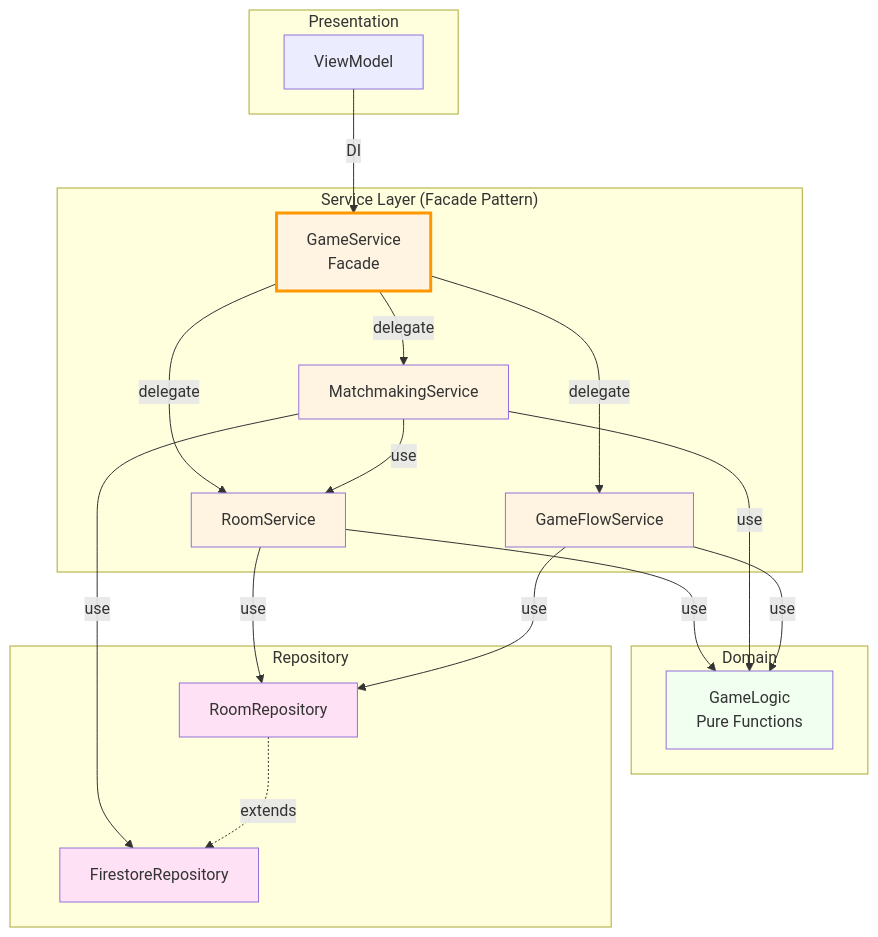
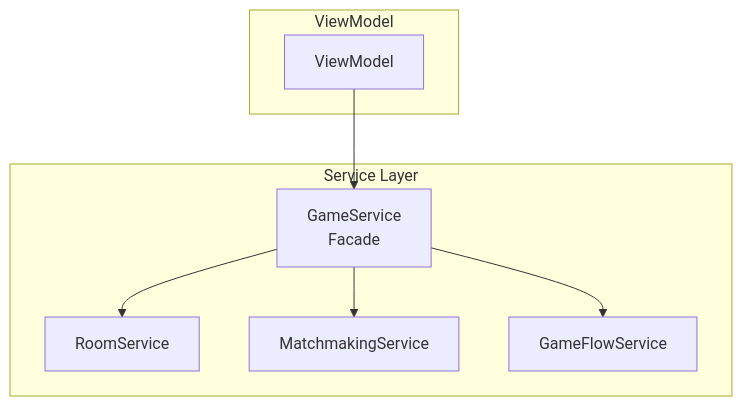
The second of 4 diagrams in docs/architecture/04_class_diagram.md (YotaMomose/battle_for_the_cats), drawn with Mermaid before and after one commit. The commit also changed other lines of this file and 5 other files, not shown here.

````diff
--- a/docs/architecture/04_class_diagram.md
+++ b/docs/architecture/04_class_diagram.md
@@ -217,48 +121,18 @@
 ```mermaid
 graph TB
-    subgraph "Presentation"
+    subgraph "ViewModel"
         VM[ViewModel]
     end
     
-    subgraph "Service Layer (Facade Pattern)"
+    subgraph "Service Layer"
         GS[GameService<br/>Facade]
         RS[RoomService]
         MS[MatchmakingService]
         GFS[GameFlowService]
     end
     
-    subgraph "Domain"
-        GL[GameLogic<br/>Pure Functions]
-    end
-    
-    subgraph "Repository"
-        RR[RoomRepository]
-        FR[FirestoreRepository]
-    end
-    
-    VM -->|DI| GS
-    
-    GS -->|delegate| RS
-    GS -->|delegate| MS
-    GS -->|delegate| GFS
-    
-    RS -->|use| RR
-    RS -->|use| GL
-    
-    MS -->|use| FR
-    MS -->|use| RS
-    MS -->|use| GL
-    
-    GFS -->|use| RR
-    GFS -->|use| GL
-    
-    RR -.->|extends| FR
-    
-    style GS fill:#fff4e1,stroke:#ff9800,stroke-width:3px
-    style RS fill:#fff4e1
-    style MS fill:#fff4e1
-    style GFS fill:#fff4e1
-    style GL fill:#f0fff0
-    style RR fill:#ffe1f5
-    style FR fill:#ffe1f5
+    VM --> GS
+    GS --> RS
+    GS --> MS
+    GS --> GFS
 ```
````
